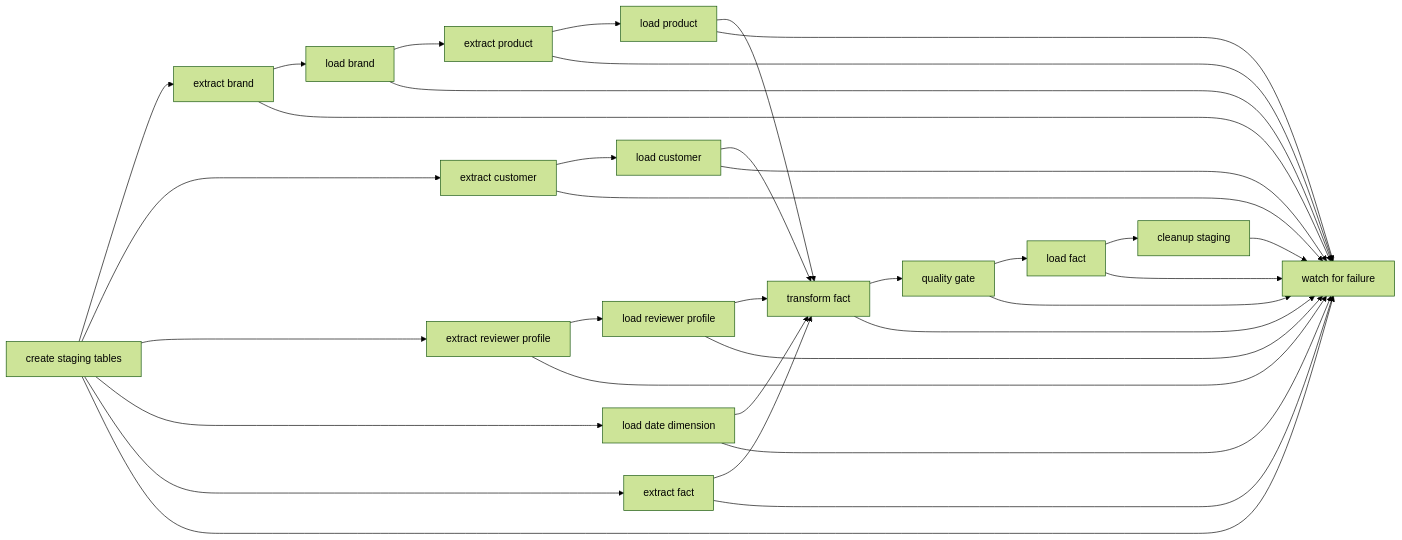
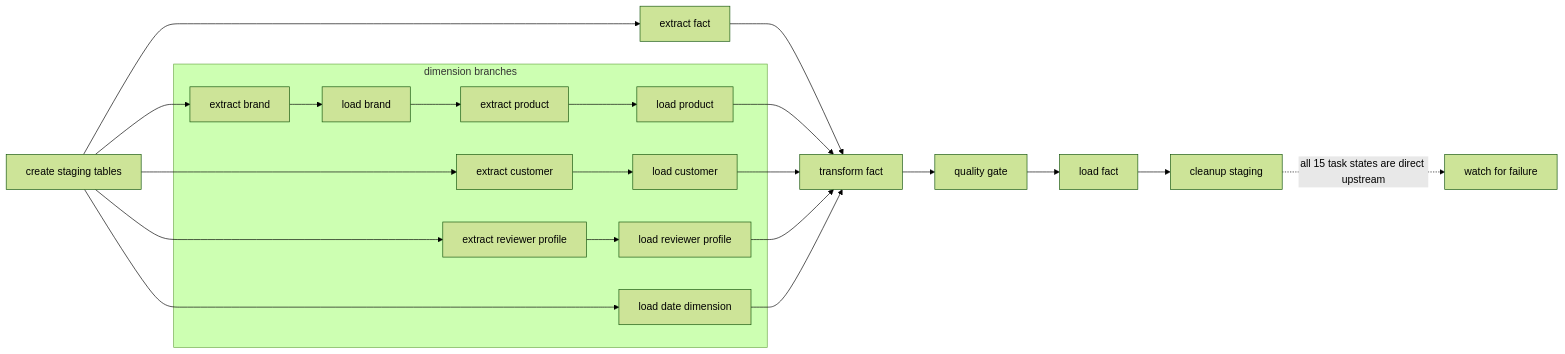
The third of 3 diagrams in README.md (samekshya/sephora-analytics-pipeline), drawn with Mermaid (forest theme) before and after one commit. The commit also changed other lines of this file and 15 other files, not shown here.

````diff
--- a/README.md
+++ b/README.md
@@ -241,34 +241,25 @@
 ```mermaid
 flowchart LR
     START[create staging tables]
 
-    START --> EB[extract brand] --> LB[load brand] --> EP[extract product] --> LP[load product]
-    START --> EC[extract customer] --> LC[load customer]
-    START --> ER[extract reviewer profile] --> LR[load reviewer profile]
-    START --> DD[load date dimension]
+    subgraph DIMS[dimension branches]
+        EB[extract brand] --> LB[load brand] --> EP[extract product] --> LP[load product]
+        EC[extract customer] --> LC[load customer]
+        ER[extract reviewer profile] --> LR[load reviewer profile]
+        DD[load date dimension]
+    end
+
+    START --> EB
+    START --> EC
+    START --> ER
+    START --> DD
     START --> EF[extract fact] --> TF[transform fact]
-
     LP --> TF
     LC --> TF
     LR --> TF
     DD --> TF
 
     TF --> QF[quality gate] --> LF[load fact]
     LF --> CLEAN[cleanup staging]
-
-    START --> WATCH[watch for failure]
-    EB --> WATCH
-    LB --> WATCH
-    EP --> WATCH
-    LP --> WATCH
-    EC --> WATCH
-    LC --> WATCH
-    ER --> WATCH
-    LR --> WATCH
-    DD --> WATCH
-    EF --> WATCH
-    TF --> WATCH
-    QF --> WATCH
-    LF --> WATCH
-    CLEAN --> WATCH
+    CLEAN -. "all 15 task states are direct upstream" .-> WATCH[watch for failure]
 ```
````
